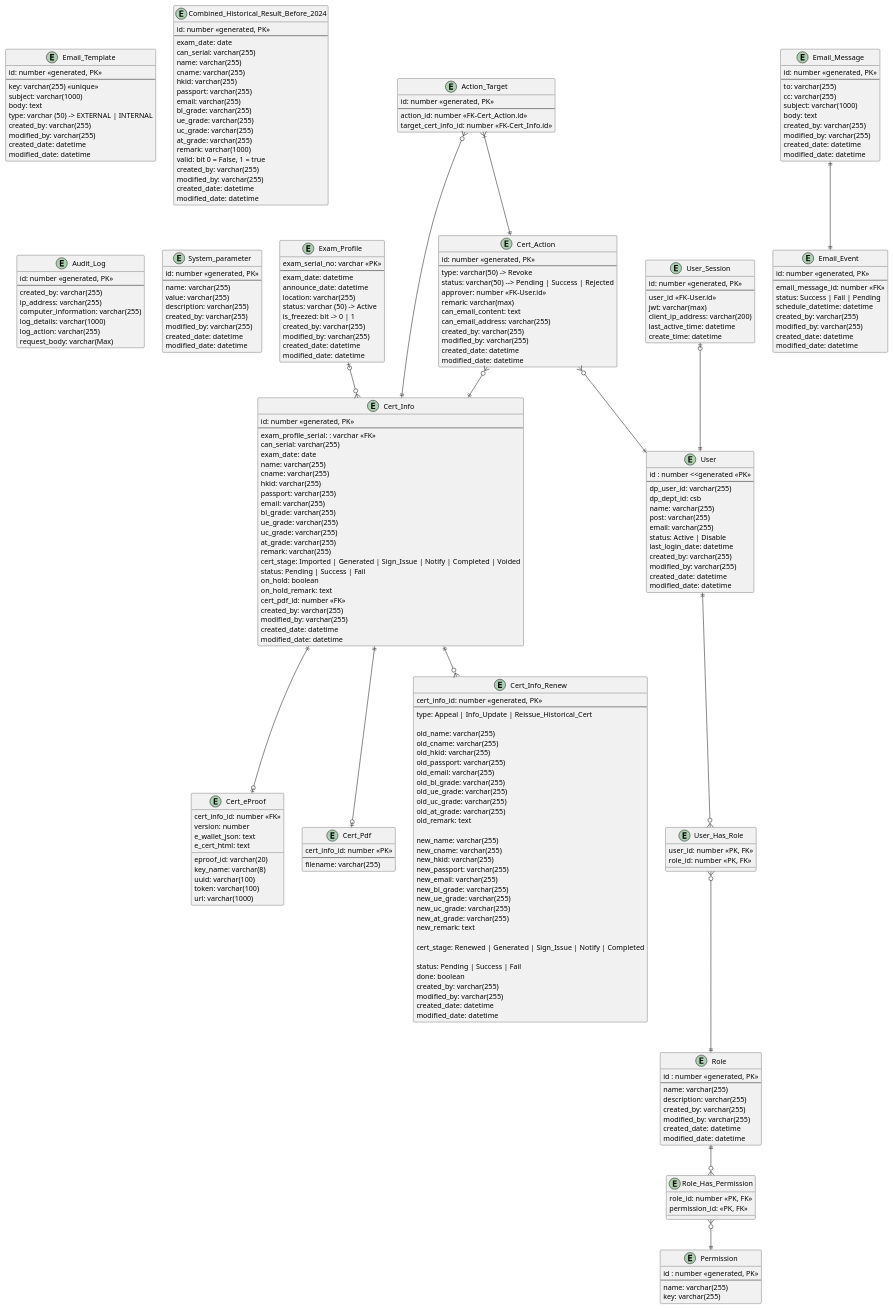
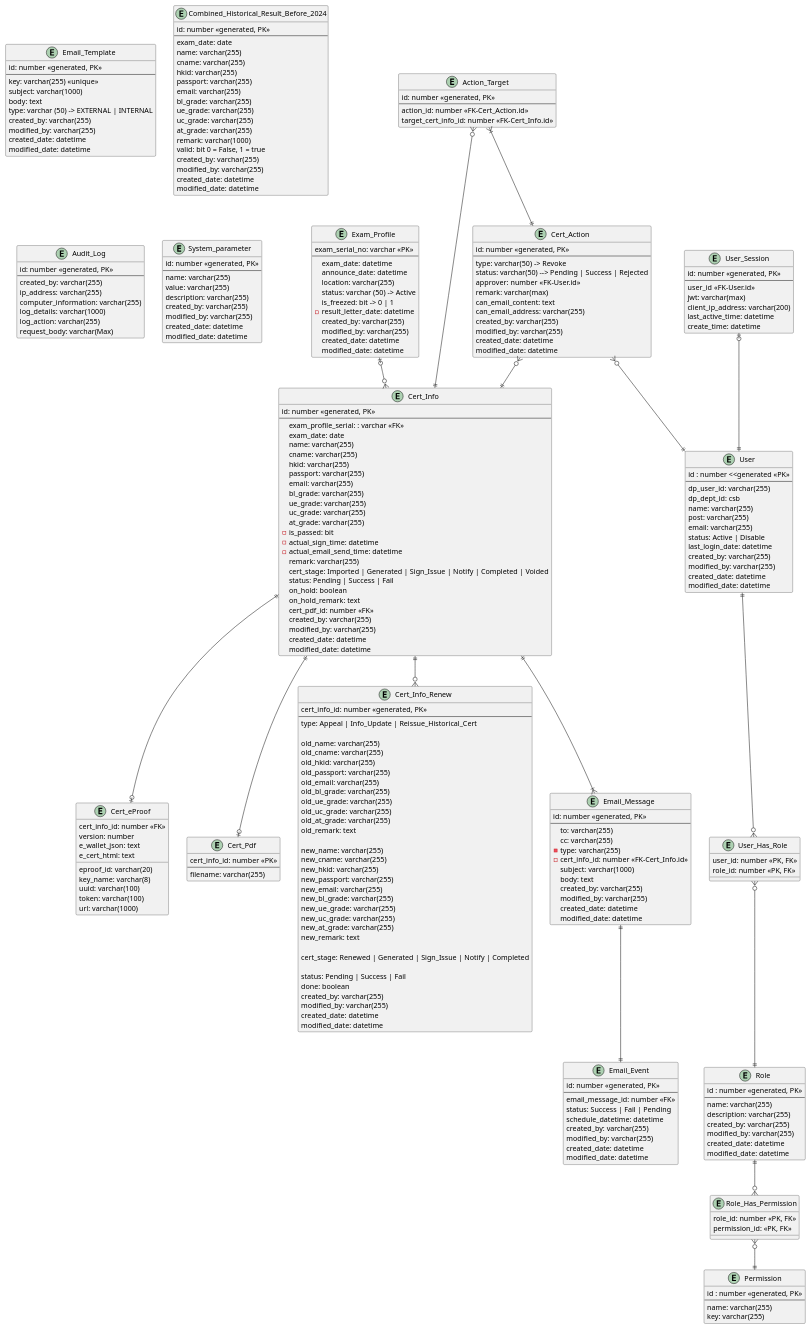
The diagram in er-diagram.puml (igsl-group/csb_eproof), drawn with PlantUML before and after one commit. The commit also changed 33 other files, not shown here.

```diff
--- a/er-diagram.puml
+++ b/er-diagram.puml
@@ -52,6 +52,7 @@
   location: varchar(255)
   status: varchar (50) -> Active
   is_freezed: bit -> 0 | 1
+ - result_letter_date: datetime
   created_by: varchar(255)
   modified_by: varchar(255)
   created_date: datetime
@@ -93,7 +94,6 @@
     id: number <<generated, PK>>
     --
     exam_profile_serial: : varchar <<FK>>
-    can_serial: varchar(255)
     exam_date: date
     name: varchar(255)
     cname: varchar(255)
@@ -104,6 +104,9 @@
     ue_grade: varchar(255)
     uc_grade: varchar(255)
     at_grade: varchar(255)
+    - is_passed: bit
+    - actual_sign_time: datetime
+    - actual_email_send_time: datetime
     remark: varchar(255)
     cert_stage: Imported | Generated | Sign_Issue | Notify | Completed | Voided
     status: Pending | Success | Fail
@@ -179,7 +182,6 @@
     id: number <<generated, PK>>
     --
     exam_date: date
-    can_serial: varchar(255)
     name: varchar(255)
     cname: varchar(255)
     hkid: varchar(255)
@@ -202,6 +204,8 @@
   --
   to: varchar(255)
   cc: varchar(255)
+  - type: varchar(255)
+  - cert_info_id: number <<FK-Cert_Info.id>>
   subject: varchar(1000)
   body: text
   created_by: varchar(255)
@@ -273,4 +277,6 @@
 action_target }|--|| cert_action
 
 user_session |o--|| user
+
+cert_info ||--|{ email_message
 @enduml
```
